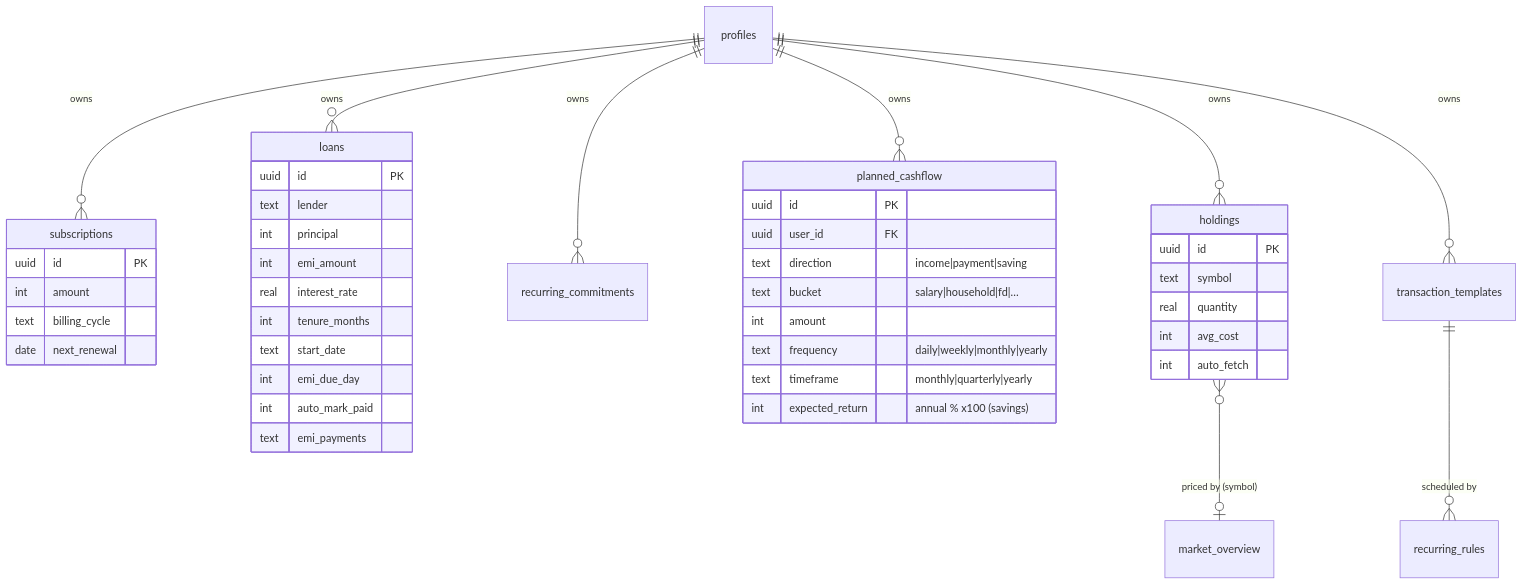
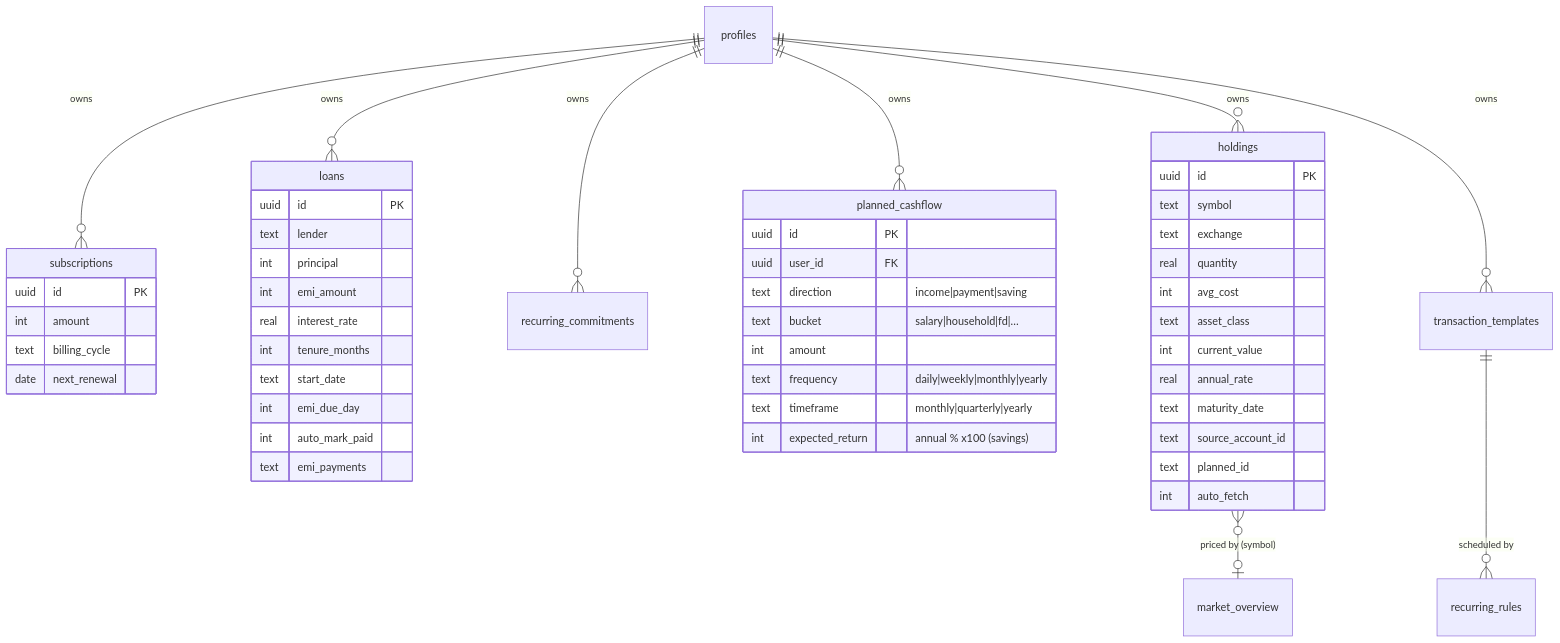
One commit to replyto-pocketcare/pocketcare-app changed the second of 5 diagrams in docs/architecture/02-data-model.md. Above: the diagram before and after it, drawn with Mermaid. The commit also changed 47 other files, not shown here.

Commit message:
feat(investments): multi-asset grouped portfolio, dividend-FY, insight charts, dialog add, cashflow sync

````diff
--- a/docs/architecture/02-data-model.md
+++ b/docs/architecture/02-data-model.md
@@ -68,47 +68,54 @@
 ```mermaid
 erDiagram
     profiles ||--o{ subscriptions : owns
     profiles ||--o{ loans : owns
     profiles ||--o{ recurring_commitments : owns
     profiles ||--o{ planned_cashflow : owns
     profiles ||--o{ holdings : owns
     profiles ||--o{ transaction_templates : owns
     transaction_templates ||--o{ recurring_rules : "scheduled by"
 
     planned_cashflow {
         uuid id PK
         uuid user_id FK
         text direction "income|payment|saving"
         text bucket "salary|household|fd|…"
         int  amount
         text frequency "daily|weekly|monthly|yearly"
         text timeframe "monthly|quarterly|yearly"
         int  expected_return "annual % x100 (savings)"
     }
     subscriptions {
         uuid id PK
         int  amount
         text billing_cycle
         date next_renewal
     }
     loans {
         uuid id PK
         text lender
         int  principal
         int  emi_amount
         real interest_rate
         int  tenure_months
         text start_date
         int  emi_due_day
         int  auto_mark_paid
         text emi_payments
     }
     holdings {
         uuid id PK
         text symbol
+        text exchange
         real quantity
         int  avg_cost
+        text asset_class
+        int  current_value
+        real annual_rate
+        text maturity_date
+        text source_account_id
+        text planned_id
         int  auto_fetch
     }
     holdings }o--o| market_overview : "priced by (symbol)"
 ```
````
